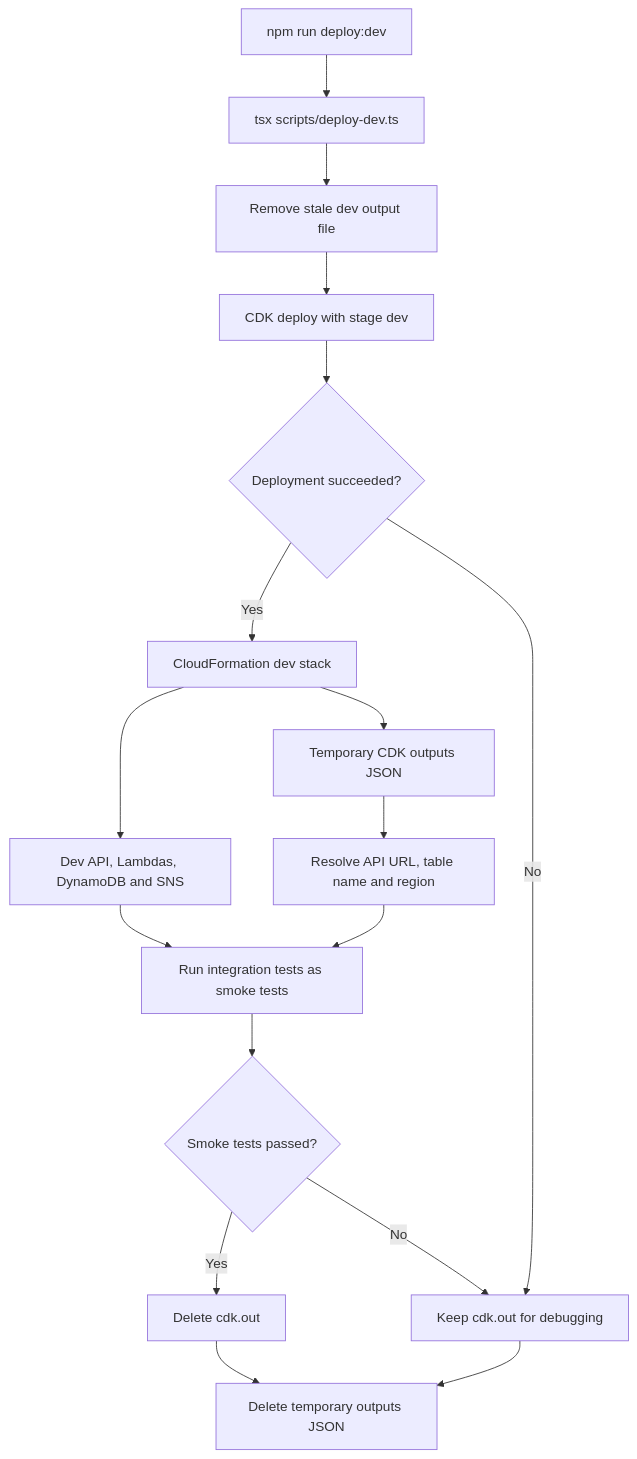
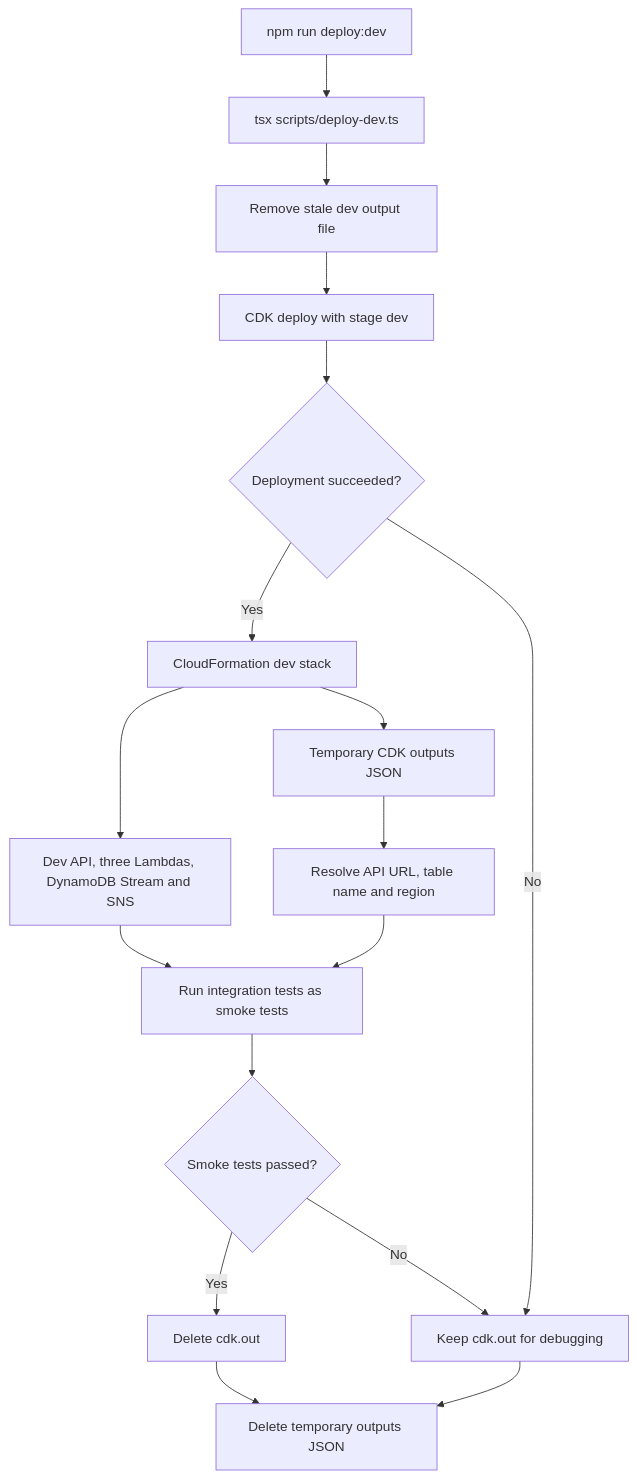
One commit to YavuzYldrm/person-service changed the fourth of 5 diagrams in README.md. Above: the diagram before and after it, drawn with Mermaid. The commit also changed other lines of this file and 21 other files, not shown here.

Commit message:
DynamoDB Stream and SNS publisher lambda is implemented. For worstcase scenario, alarm is implemented with email notification. Related test cases are added.

````diff
--- a/README.md
+++ b/README.md
@@ -319,19 +331,19 @@
 ```mermaid
 flowchart TD
     DevCommand[npm run deploy:dev] --> Runner[tsx scripts/deploy-dev.ts]
     Runner --> RemoveOld[Remove stale dev output file]
     RemoveOld --> DevCdk[CDK deploy with stage dev]
     DevCdk --> DeployResult{Deployment succeeded?}
     DeployResult -->|Yes| DevStack[CloudFormation dev stack]
     DeployResult -->|No| KeepAssembly[Keep cdk.out for debugging]
-    DevStack --> DevResources[Dev API, Lambdas, DynamoDB and SNS]
+    DevStack --> DevResources[Dev API, three Lambdas, DynamoDB Stream and SNS]
     DevStack --> Outputs[Temporary CDK outputs JSON]
     Outputs --> TestEnvironment[Resolve API URL, table name and region]
     DevResources --> Smoke[Run integration tests as smoke tests]
     TestEnvironment --> Smoke
     Smoke --> Result{Smoke tests passed?}
     Result -->|Yes| CleanAssembly[Delete cdk.out]
     Result -->|No| KeepAssembly
     CleanAssembly --> CleanOutputs[Delete temporary outputs JSON]
     KeepAssembly --> CleanOutputs
 ```
````
